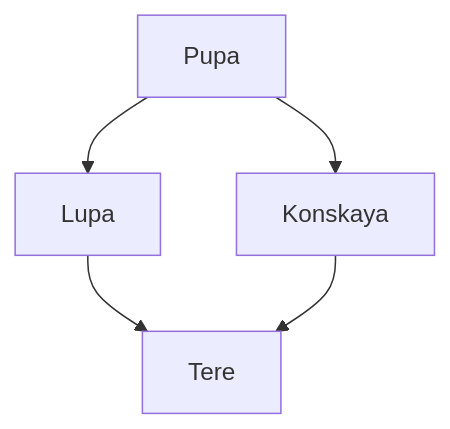
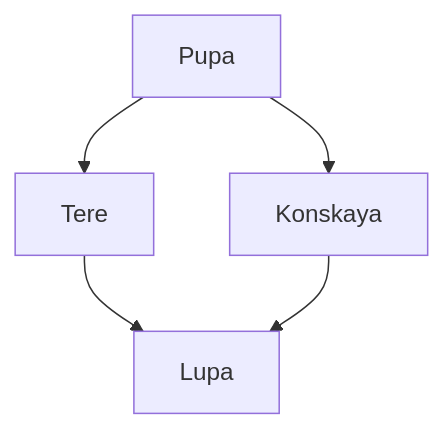
The diagram in README.md (Sairsey/mermaid_test), drawn with Mermaid before and after one commit.

````diff
--- a/README.md
+++ b/README.md
@@ -5,7 +5,7 @@
 ```mermaid
   graph TD;
       Pupa-->Konskaya;
-      Pupa-->Lupa;
-      Lupa-->Tere;
-      Konskaya-->Tere;
+      Pupa-->Tere;
+      Tere-->Lupa;
+      Konskaya-->Lupa;
 ```
````
